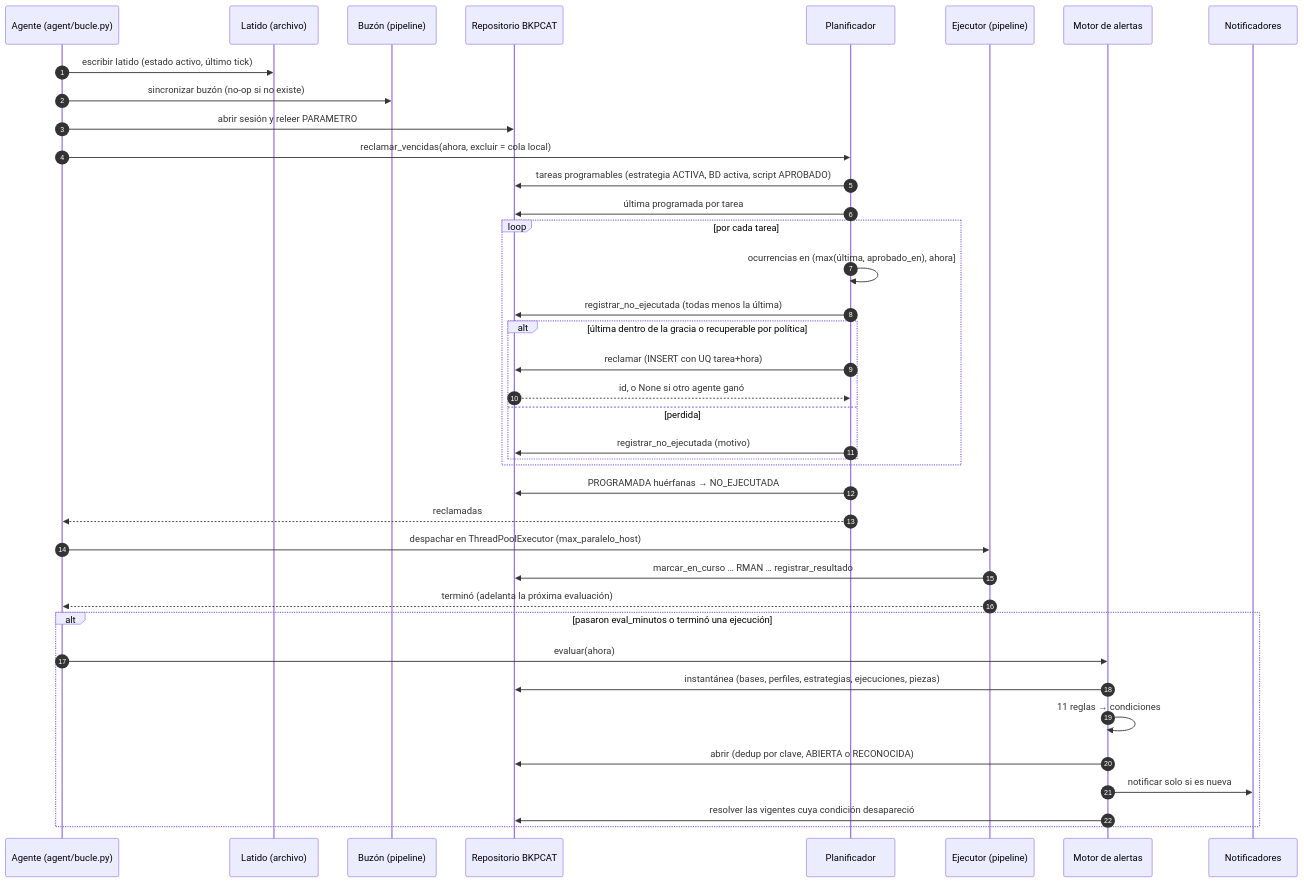
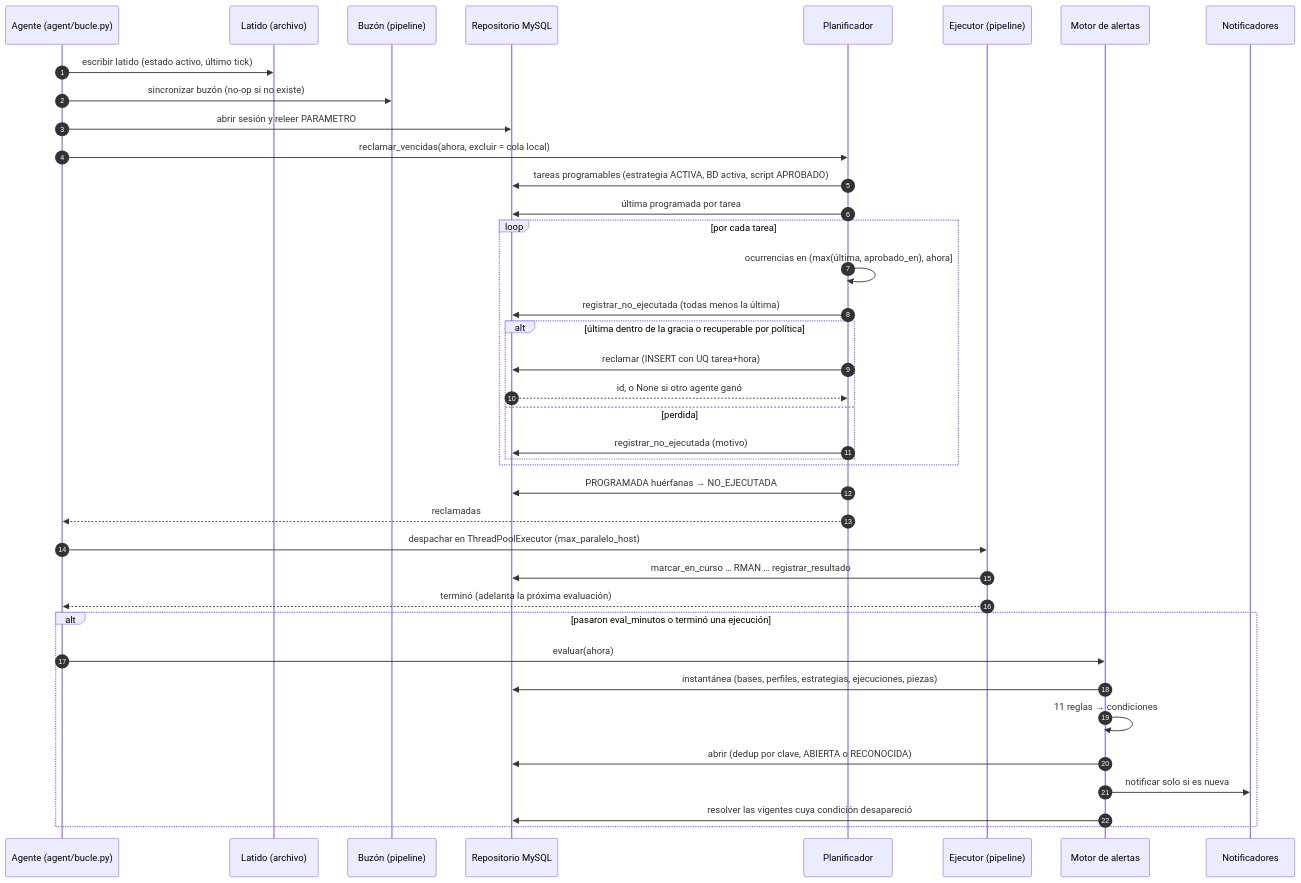
The first of 5 diagrams in docs/diseno.md (AlejandroMirandaGomez/CloudCR-Oracle-Backup), drawn with Mermaid before and after one commit. The commit also changed other lines of this file and 62 other files, not shown here.

````diff
--- a/docs/diseno.md
+++ b/docs/diseno.md
@@ -473,42 +477,42 @@
 ```mermaid
 sequenceDiagram
     autonumber
     participant A as Agente (agent/bucle.py)
     participant L as Latido (archivo)
     participant B as Buzón (pipeline)
-    participant R as Repositorio BKPCAT
+    participant R as Repositorio MySQL
     participant P as Planificador
     participant E as Ejecutor (pipeline)
     participant M as Motor de alertas
     participant N as Notificadores
 
     A->>L: escribir latido (estado activo, último tick)
     A->>B: sincronizar buzón (no-op si no existe)
     A->>R: abrir sesión y releer PARAMETRO
     A->>P: reclamar_vencidas(ahora, excluir = cola local)
     P->>R: tareas programables (estrategia ACTIVA, BD activa, script APROBADO)
     P->>R: última programada por tarea
     loop por cada tarea
         P->>P: ocurrencias en (max(última, aprobado_en), ahora]
         P->>R: registrar_no_ejecutada (todas menos la última)
         alt última dentro de la gracia o recuperable por política
             P->>R: reclamar (INSERT con UQ tarea+hora)
             R-->>P: id, o None si otro agente ganó
         else perdida
             P->>R: registrar_no_ejecutada (motivo)
         end
     end
     P->>R: PROGRAMADA huérfanas → NO_EJECUTADA
     P-->>A: reclamadas
     A->>E: despachar en ThreadPoolExecutor (max_paralelo_host)
     E->>R: marcar_en_curso … RMAN … registrar_resultado
     E-->>A: terminó (adelanta la próxima evaluación)
     alt pasaron eval_minutos o terminó una ejecución
         A->>M: evaluar(ahora)
         M->>R: instantánea (bases, perfiles, estrategias, ejecuciones, piezas)
         M->>M: 11 reglas → condiciones
         M->>R: abrir (dedup por clave, ABIERTA o RECONOCIDA)
         M->>N: notificar solo si es nueva
         M->>R: resolver las vigentes cuya condición desapareció
     end
 ```
````
